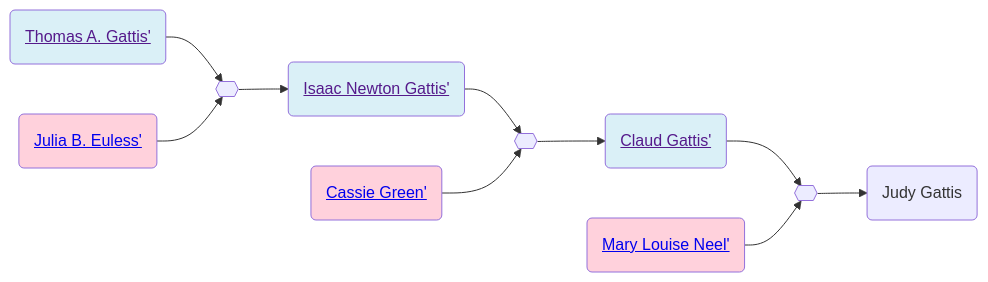
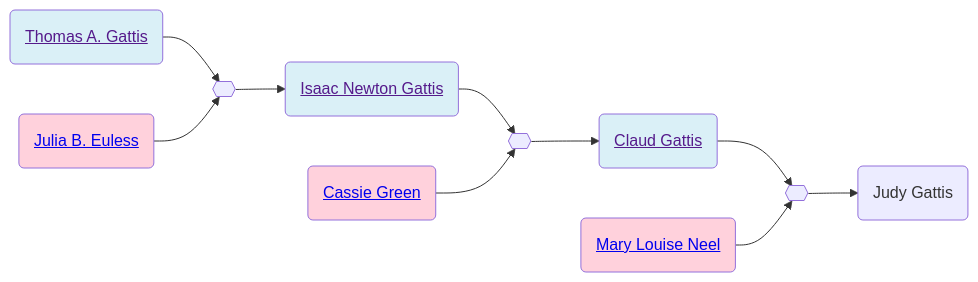
One commit to neelsmith/avocational changed the second of 2 diagrams in familyhistory/sources/people/Gattis-line/Thomas_A._Gattis.qmd. Above: the diagram before and after it, drawn with Mermaid. The commit also changed other lines of this file and 96 other files, not shown here.

````diff
--- a/familyhistory/sources/people/Gattis-line/Thomas_A._Gattis.qmd
+++ b/familyhistory/sources/people/Gattis-line/Thomas_A._Gattis.qmd
@@ -41,26 +41,26 @@
 ```{mermaid}
 graph LR
 %% LR descendant diagram
 class Thomas_A._Gattis_and_Julia_B._Euless marriage
-Thomas_A._Gattis(<a href=''>Thomas A. Gattis'</>) --> Thomas_A._Gattis_and_Julia_B._Euless{{ }}
-Julia_B._Euless(<a href='./Euless-line/Julia_B._Euless.html'>Julia B. Euless'</>) --> Thomas_A._Gattis_and_Julia_B._Euless{{ }}
+Thomas_A._Gattis(<a href=''>Thomas A. Gattis</a>) --> Thomas_A._Gattis_and_Julia_B._Euless{{ }}
+Julia_B._Euless(<a href='./Euless-line/Julia_B._Euless.html'>Julia B. Euless</a>) --> Thomas_A._Gattis_and_Julia_B._Euless{{ }}
 class Thomas_A._Gattis father
 class Julia_B._Euless mother
-Thomas_A._Gattis_and_Julia_B._Euless{{ }} --> Isaac_Newton_Gattis(<a href='./Isaac_Newton_Gattis.html'>Isaac Newton Gattis'</>)
+Thomas_A._Gattis_and_Julia_B._Euless{{ }} --> Isaac_Newton_Gattis(<a href='./Isaac_Newton_Gattis.html'>Isaac Newton Gattis</a>)
 class Isaac_Newton_Gattis_and_Cassie_Green marriage
-Isaac_Newton_Gattis(<a href=''>Isaac Newton Gattis'</>) --> Isaac_Newton_Gattis_and_Cassie_Green{{ }}
-Cassie_Green(<a href='./Green-line/Cassie_Green.html'>Cassie Green'</>) --> Isaac_Newton_Gattis_and_Cassie_Green{{ }}
+Isaac_Newton_Gattis(<a href=''>Isaac Newton Gattis</a>) --> Isaac_Newton_Gattis_and_Cassie_Green{{ }}
+Cassie_Green(<a href='./Green-line/Cassie_Green.html'>Cassie Green</a>) --> Isaac_Newton_Gattis_and_Cassie_Green{{ }}
 class Isaac_Newton_Gattis father
 class Cassie_Green mother
-Isaac_Newton_Gattis_and_Cassie_Green{{ }} --> Claud_Gattis(<a href='./Claud_Gattis.html'>Claud Gattis'</>)
+Isaac_Newton_Gattis_and_Cassie_Green{{ }} --> Claud_Gattis(<a href='./Claud_Gattis.html'>Claud Gattis</a>)
 class Claud_Gattis_and_Mary_Louise_Neel marriage
-Claud_Gattis(<a href=''>Claud Gattis'</>) --> Claud_Gattis_and_Mary_Louise_Neel{{ }}
-Mary_Louise_Neel(<a href='./../Neel-line/Mary_Louise_Neel.html'>Mary Louise Neel'</>) --> Claud_Gattis_and_Mary_Louise_Neel{{ }}
+Claud_Gattis(<a href=''>Claud Gattis</a>) --> Claud_Gattis_and_Mary_Louise_Neel{{ }}
+Mary_Louise_Neel(<a href='./../Neel-line/Mary_Louise_Neel.html'>Mary Louise Neel</a>) --> Claud_Gattis_and_Mary_Louise_Neel{{ }}
 class Claud_Gattis father
 class Mary_Louise_Neel mother
 Claud_Gattis_and_Mary_Louise_Neel{{ }} --> Judy_Gattis(Judy Gattis)
 classDef mother fill:#ffd1dc
 classDef father fill:#daf0f7  
 classDef marriage fill:#ffffff
 
 ```
````
